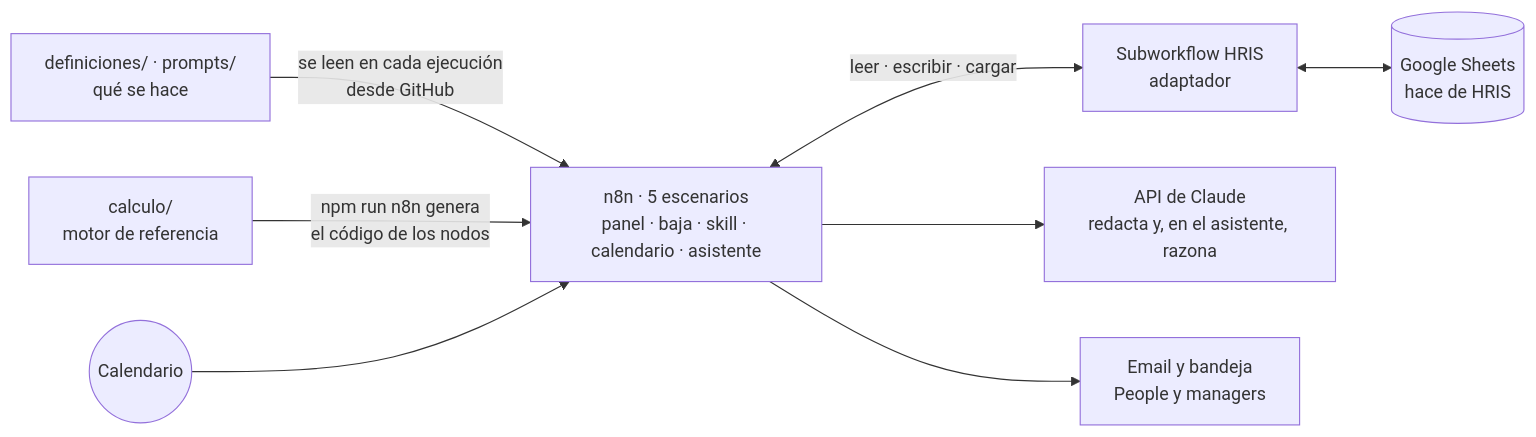
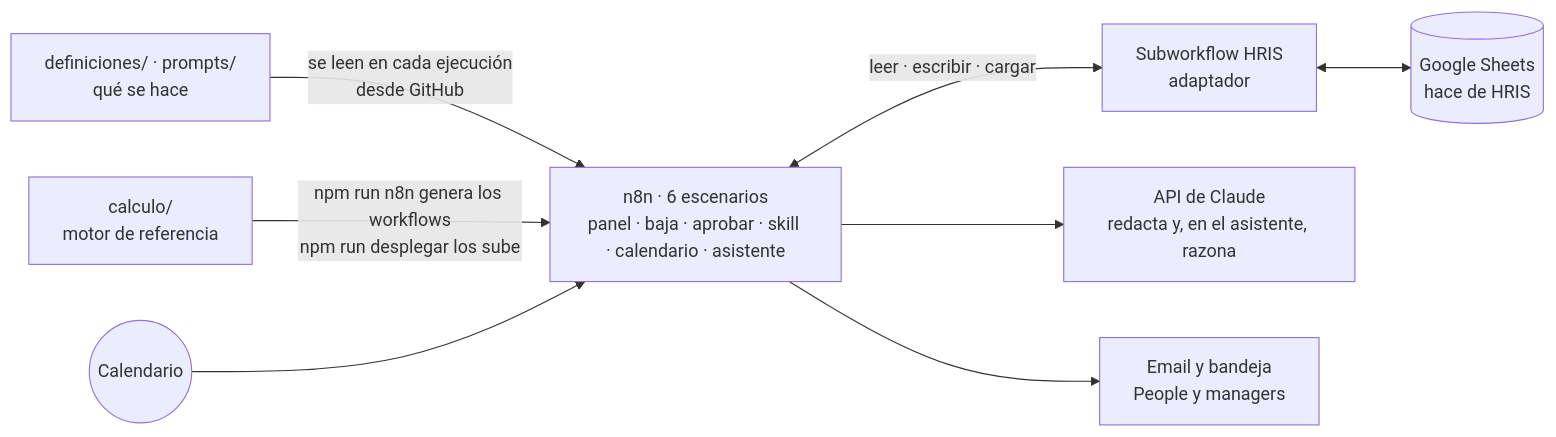
The second of 2 diagrams in README.md (andfermen/People-OS-ACME), drawn with Mermaid before and after one commit. The commit also changed other lines of this file and 26 other files, not shown here.

````diff
--- a/README.md
+++ b/README.md
@@ -199,10 +201,10 @@
 ```mermaid
 flowchart LR
   DEF["definiciones/ · prompts/<br/>qué se hace"] -->|se leen en cada ejecución<br/>desde GitHub| N8N
-  CALC["calculo/<br/>motor de referencia"] -->|npm run n8n genera<br/>el código de los nodos| N8N
-  N8N["n8n · 5 escenarios<br/>panel · baja · skill · calendario · asistente"] <-->|leer · escribir · cargar| HRIS["Subworkflow HRIS<br/>adaptador"]
+  CALC["calculo/<br/>motor de referencia"] -->|npm run n8n genera los workflows<br/>npm run desplegar los sube| N8N
+  N8N["n8n · 6 escenarios<br/>panel · baja · aprobar · skill · calendario · asistente"] <-->|leer · escribir · cargar| HRIS["Subworkflow HRIS<br/>adaptador"]
   HRIS <--> SHEET[("Google Sheets<br/>hace de HRIS")]
   N8N --> CLAUDE["API de Claude<br/>redacta y, en el asistente, razona"]
   N8N --> EMAIL["Email y bandeja<br/>People y managers"]
   CAL((Calendario)) --> N8N
 ```
````
